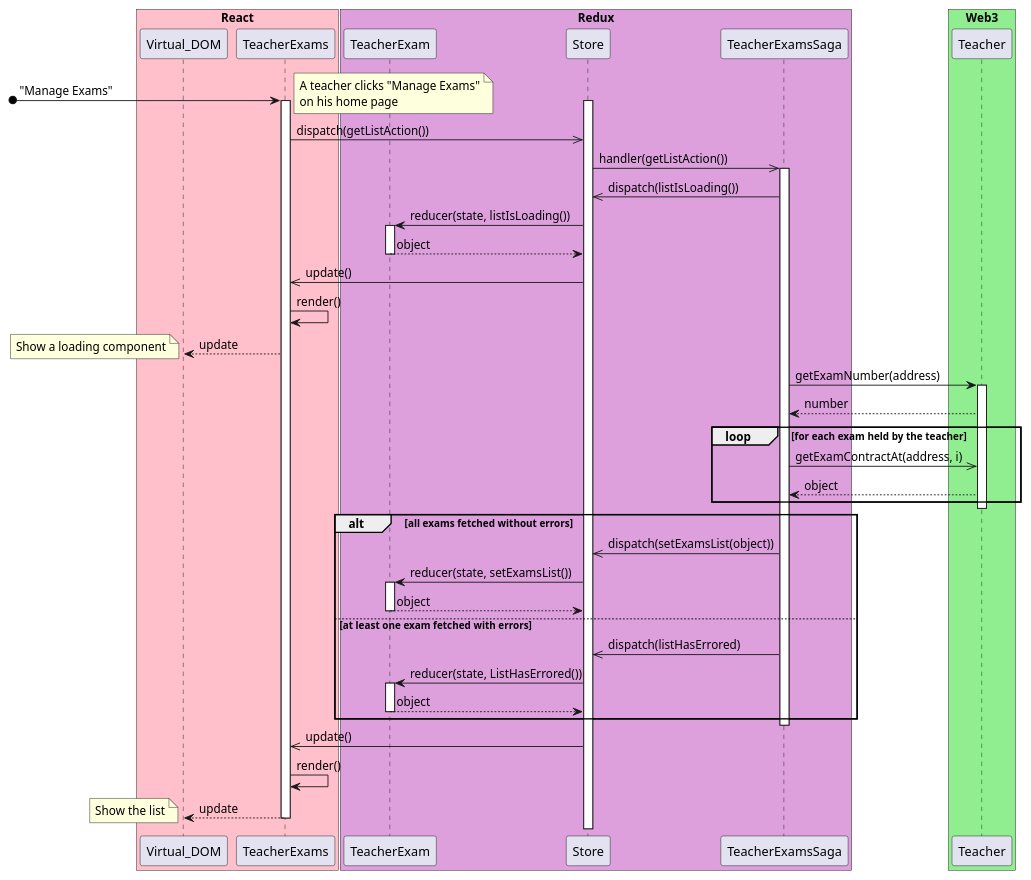
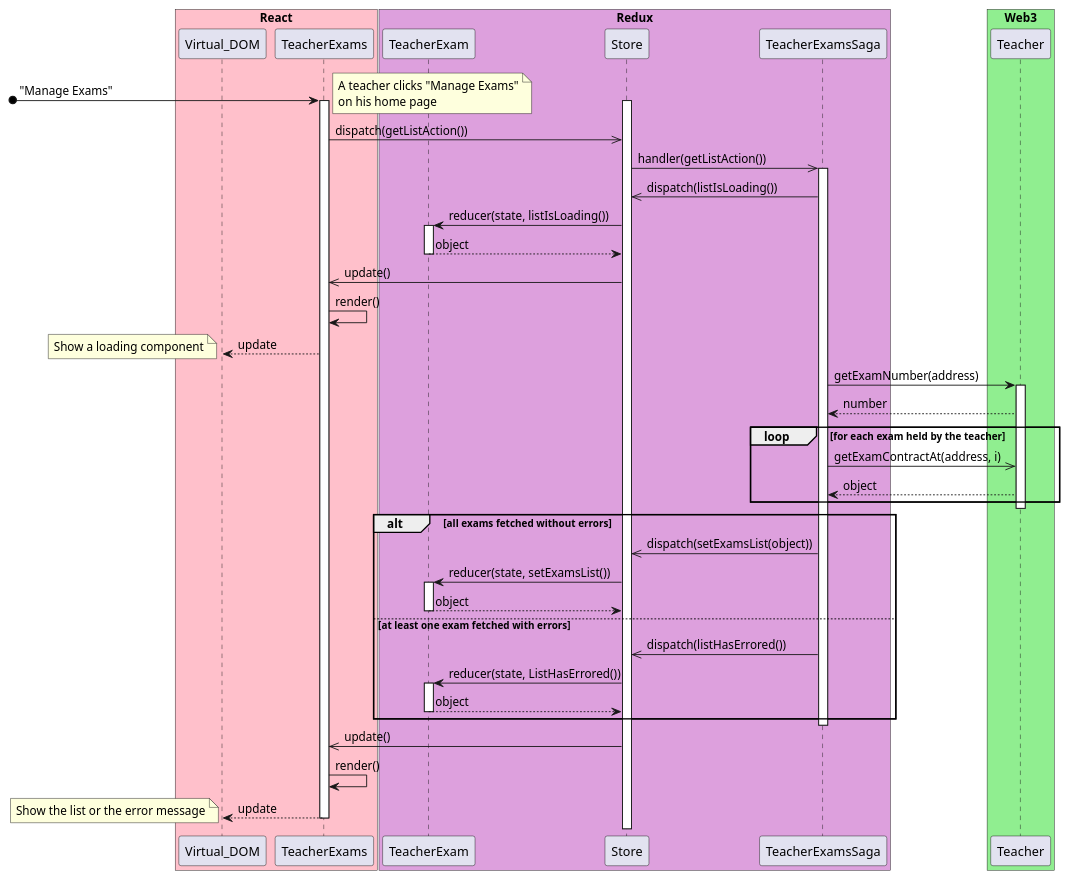
Before and after one commit to M9k/Marvin-Uml: the diagram in sequenza/takeinfo.puml, drawn with PlantUML.

Commit message:
Piccoli fix

```diff
--- a/sequenza/takeinfo.puml
+++ b/sequenza/takeinfo.puml
@@ -1,68 +1,68 @@
 @startuml
 
 box "React" #Pink
 participant Virtual_DOM
 participant TeacherExams
 end box
 
 box "Redux" #Plum
 participant TeacherExam
 participant Store
 participant TeacherExamsSaga
 end box
 
 box "Web3" #LightGreen
 participant Teacher
 end box
 
 [o-> TeacherExams: "Manage Exams"
 note left: A teacher clicks "Manage Exams"\non his home page
 activate TeacherExams
 activate Store
 
 TeacherExams ->> Store: dispatch(getListAction())
 Store ->> TeacherExamsSaga: handler(getListAction())
 activate TeacherExamsSaga
 TeacherExamsSaga ->> Store: dispatch(listIsLoading())
 Store -> TeacherExam: reducer(state, listIsLoading())
 activate TeacherExam
 TeacherExam --> Store: object
 deactivate TeacherExam
 Store ->> TeacherExams: update()
 TeacherExams -> TeacherExams: render()
 TeacherExams --> Virtual_DOM: update
 note left: Show a loading component
 TeacherExamsSaga -> Teacher: getExamNumber(address)
 activate Teacher
 Teacher --> TeacherExamsSaga: number
 loop for each exam held by the teacher
   TeacherExamsSaga ->> Teacher: getExamContractAt(address, i)
   Teacher --> TeacherExamsSaga: object
 end
 deactivate Teacher
 alt all exams fetched without errors
     TeacherExamsSaga ->> Store: dispatch(setExamsList(object))
     Store -> TeacherExam : reducer(state, setExamsList())
     activate TeacherExam
     TeacherExam --> Store: object
     deactivate TeacherExam
 
 else at least one exam fetched with errors
-    TeacherExamsSaga ->> Store : dispatch(listHasErrored)
+    TeacherExamsSaga ->> Store : dispatch(listHasErrored())
     Store -> TeacherExam : reducer(state, ListHasErrored())
     activate TeacherExam
     TeacherExam --> Store: object
     deactivate TeacherExam
 
 end
 deactivate TeacherExamsSaga
 Store ->> TeacherExams: update()
 TeacherExams -> TeacherExams: render()
 TeacherExams --> Virtual_DOM: update
-note left: Show the list
+note left: Show the list or the error message
 
 
 deactivate TeacherExams
 
 
 @enduml
```
